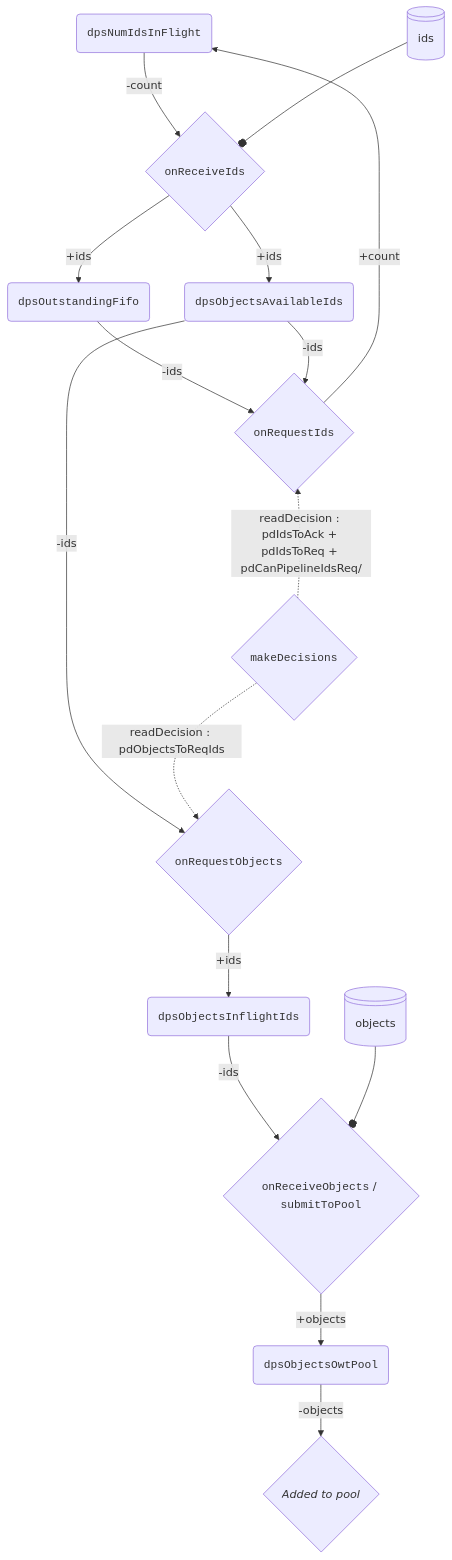
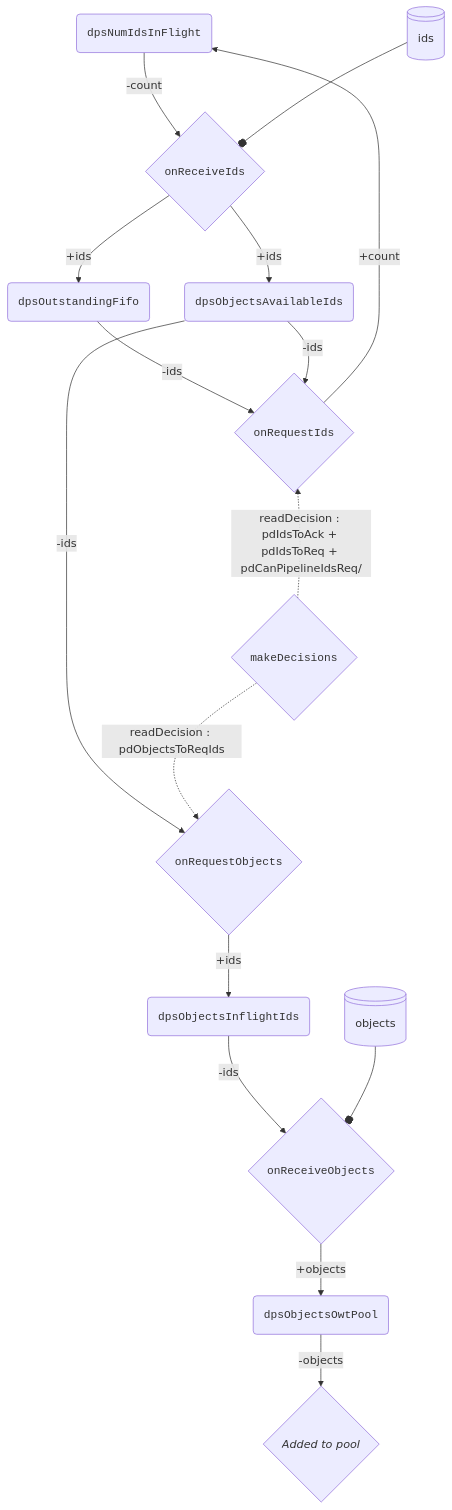
Before and after one commit to IntersectMBO/ouroboros-consensus: the diagram in ouroboros-consensus/src/ouroboros-consensus/Ouroboros/Consensus/MiniProtocol/ObjectDiffusion/Inbound/V2.md, drawn with Mermaid. The commit also changed other lines of this file and 5 other files, not shown here.

````diff
--- a/ouroboros-consensus/src/ouroboros-consensus/Ouroboros/Consensus/MiniProtocol/ObjectDiffusion/Inbound/V2.md
+++ b/ouroboros-consensus/src/ouroboros-consensus/Ouroboros/Consensus/MiniProtocol/ObjectDiffusion/Inbound/V2.md
@@ -3,38 +14,38 @@
 ```mermaid
 %%{init: {"flowchart": {"htmlLabels": true}} }%%
 flowchart TD
     A(<code>dpsNumIdsInFlight</code>)
     B(<code>dpsOutstandingFifo</code>)
     C(<code>dpsObjectsAvailableIds</code>)
     D(<code>dpsObjectsInflightIds</code>)
     F(<code>dpsObjectsOwtPool</code>)
 
     EA{<code>onRequestIds</code>}
     EA-->|+count| A
     B -->|-ids| EA
     C -->|-ids| EA
 
     EB{<code>onReceiveIds</code>}
     A -->|-count| EB
     EB -->|+ids| B
     IN1@{ shape: lin-cyl, label: "ids" } --o EB
     EB -->|+ids| C
 
     EC{<code>onRequestObjects</code>}
     C -->|-ids| EC
     EC -->|+ids| D
 
-    ED{<code>onReceiveObjects</code> / <code>submitToPool</code>}
+    ED{<code>onReceiveObjects</code>}
     D -->|-ids| ED
     IN2@{ shape: lin-cyl, label: "objects" } --o ED
     ED -->|+objects| F
 
     EE{<code>makeDecisions</code>}
     EA ~~~ EE
     EC ~~~ EE
     EE -.->|readDecision : pdIdsToAck + pdIdsToReq + pdCanPipelineIdsReq/| EA
     EE -.->|readDecision : pdObjectsToReqIds| EC
 
     EG{<i>Added to pool</i>}
     F -->|-objects| EG
 ```
````
